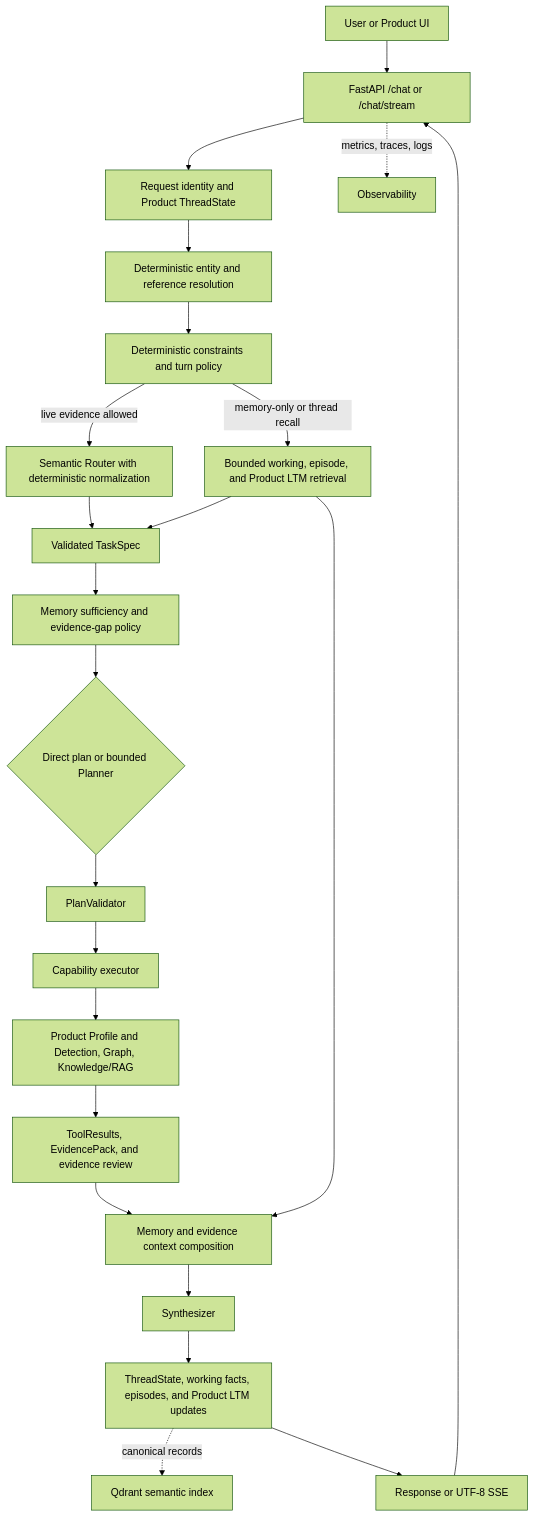
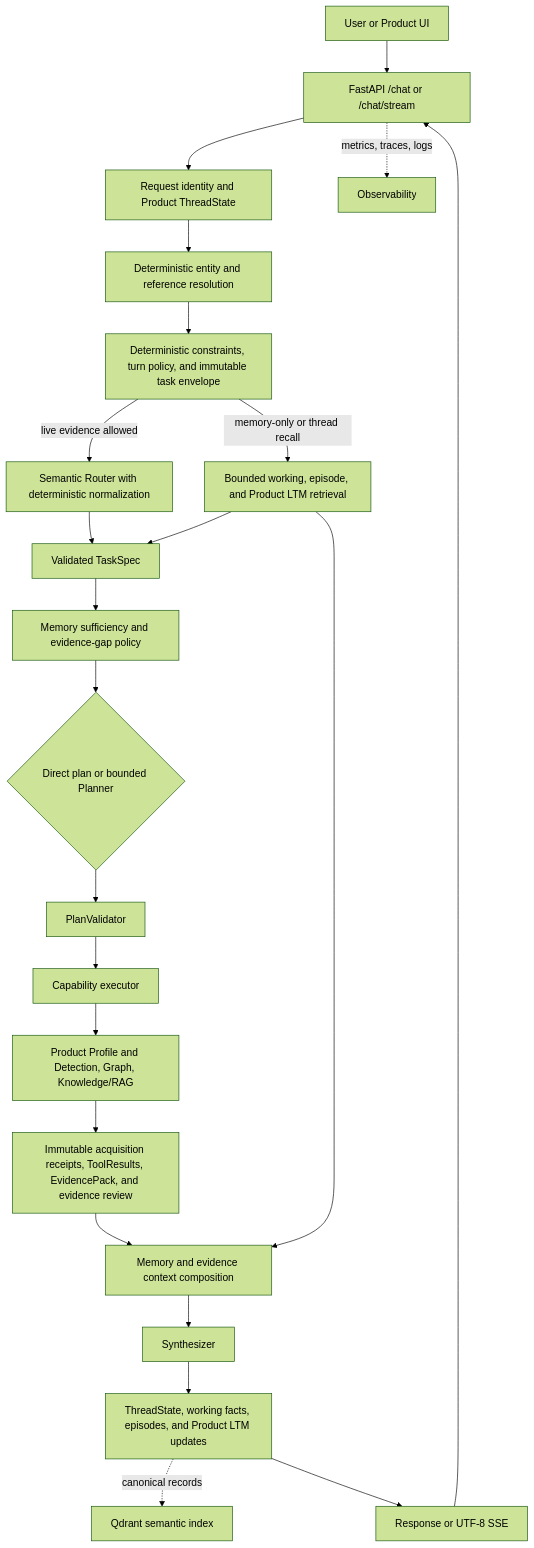
One commit to alirzx/Soorin_Copilot changed the diagram in README.md. Above: the diagram before and after it, drawn with Mermaid (forest theme). The commit also changed other lines of this file and 1 other file, not shown here.

````diff
--- a/README.md
+++ b/README.md
@@ -12,25 +12,25 @@
 ```mermaid
 flowchart TD
     U[User or Product UI] --> API[FastAPI /chat or /chat/stream]
     API --> ID[Request identity and Product ThreadState]
     ID --> ER[Deterministic entity and reference resolution]
-    ER --> CP[Deterministic constraints and turn policy]
+    ER --> CP[Deterministic constraints, turn policy, and immutable task envelope]
     CP -->|memory-only or thread recall| MR[Bounded working, episode, and Product LTM retrieval]
     CP -->|live evidence allowed| RT[Semantic Router with deterministic normalization]
     RT --> TS[Validated TaskSpec]
     MR --> TS
     TS --> GAP[Memory sufficiency and evidence-gap policy]
     GAP --> PLAN{Direct plan or bounded Planner}
     PLAN --> PV[PlanValidator]
     PV --> EX[Capability executor]
     EX --> E[Product Profile and Detection, Graph, Knowledge/RAG]
-    E --> EP[ToolResults, EvidencePack, and evidence review]
+    E --> EP[Immutable acquisition receipts, ToolResults, EvidencePack, and evidence review]
     EP --> CC[Memory and evidence context composition]
     MR --> CC
     CC --> SYN[Synthesizer]
     SYN --> MU[ThreadState, working facts, episodes, and Product LTM updates]
     MU -. canonical records .-> PI[Qdrant semantic index]
     MU --> OUT[Response or UTF-8 SSE]
     OUT --> API
     API -. metrics, traces, logs .-> OBS[Observability]
 ```
````
